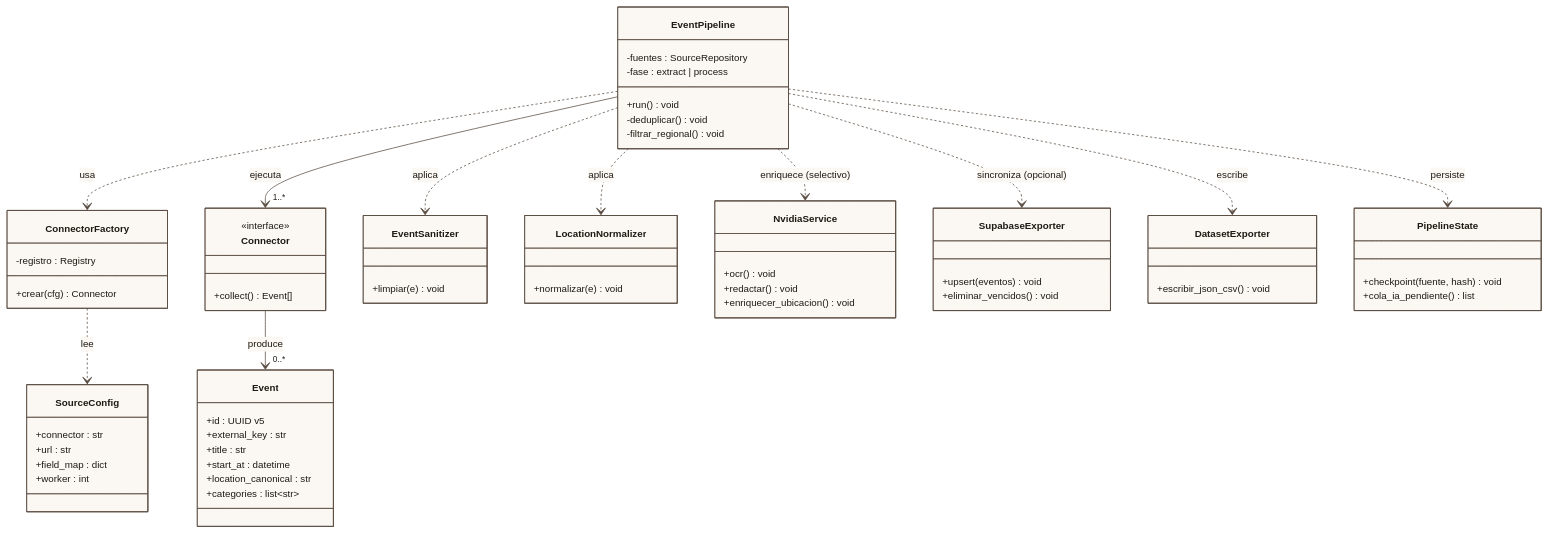
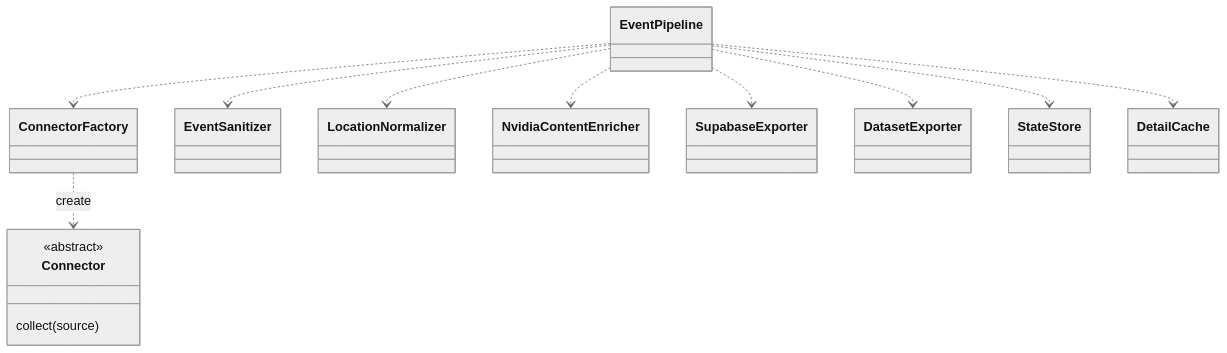
The diagram in Fase 3/Evidencias Grupales/Documentacion Tecnica/Diagramas/05_clases.mmd (sunsitox/Proyecto_Capston_Evento_Cultural), drawn with Mermaid before and after one commit. The commit also changed 36 other files, not shown here.

```diff
--- a/Fase 3/Evidencias Grupales/Documentacion Tecnica/Diagramas/05_clases.mmd
+++ b/Fase 3/Evidencias Grupales/Documentacion Tecnica/Diagramas/05_clases.mmd
@@ -1,66 +1,25 @@
-%%{init: {"theme":"base","themeVariables":{"fontFamily":"Arial, Helvetica, sans-serif","fontSize":"13px","primaryColor":"#FBF7F2","primaryTextColor":"#1F1A14","primaryBorderColor":"#5A4D42","lineColor":"#5A4D42"},"class":{"hideEmptyMembersBox":true}}}%%
+%%{init: {"theme":"neutral","themeVariables":{"fontFamily":"Arial","fontSize":"17px"}}}%%
 classDiagram
-  direction TB
-
-  class EventPipeline {
-    -fuentes : SourceRepository
-    -fase : extract | process
-    +run() void
-    -deduplicar() void
-    -filtrar_regional() void
-  }
-  class ConnectorFactory {
-    -registro : Registry
-    +crear(cfg) Connector
-    }
-  class Connector {
-    <<interface>>
-    +collect() Event[]
-    }
-  class SourceConfig {
-    +connector : str
-    +url : str
-    +field_map : dict
-    +worker : int
-  }
-  class Event {
-    +id : UUID v5
-    +external_key : str
-    +title : str
-    +start_at : datetime
-    +location_canonical : str
-    +categories : list~str~
-  }
-  class EventSanitizer {
-    +limpiar(e) void
-  }
-  class LocationNormalizer {
-    +normalizar(e) void
-  }
-  class NvidiaService {
-    +ocr() void
-    +redactar() void
-    +enriquecer_ubicacion() void
-  }
-  class SupabaseExporter {
-    +upsert(eventos) void
-    +eliminar_vencidos() void
-  }
-  class DatasetExporter {
-    +escribir_json_csv() void
-  }
-  class PipelineState {
-    +checkpoint(fuente, hash) void
-    +cola_ia_pendiente() list
-  }
-
-  EventPipeline ..> ConnectorFactory : usa
-  EventPipeline --> "1..*" Connector : ejecuta
-  Connector --> "0..*" Event : produce
-  ConnectorFactory ..> SourceConfig : lee
-  EventPipeline ..> EventSanitizer : aplica
-  EventPipeline ..> LocationNormalizer : aplica
-  EventPipeline ..> DatasetExporter : escribe
-  EventPipeline ..> SupabaseExporter : sincroniza (opcional)
-  EventPipeline ..> NvidiaService : enriquece (selectivo)
-  EventPipeline ..> PipelineState : persiste
+ direction TB
+ class EventPipeline
+ class ConnectorFactory
+ class Connector {
+ <<abstract>>
+ collect(source)
+ }
+ class EventSanitizer
+ class LocationNormalizer
+ class NvidiaContentEnricher
+ class SupabaseExporter
+ class DatasetExporter
+ class StateStore
+ class DetailCache
+ EventPipeline ..> ConnectorFactory
+ ConnectorFactory ..> Connector : create
+ EventPipeline ..> EventSanitizer
+ EventPipeline ..> LocationNormalizer
+ EventPipeline ..> NvidiaContentEnricher
+ EventPipeline ..> SupabaseExporter
+ EventPipeline ..> DatasetExporter
+ EventPipeline ..> StateStore
+ EventPipeline ..> DetailCache
```
